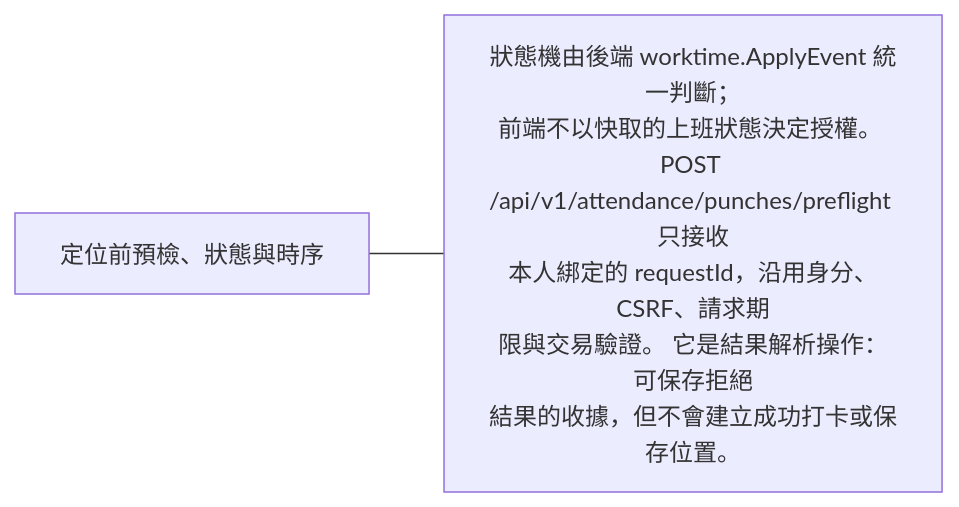
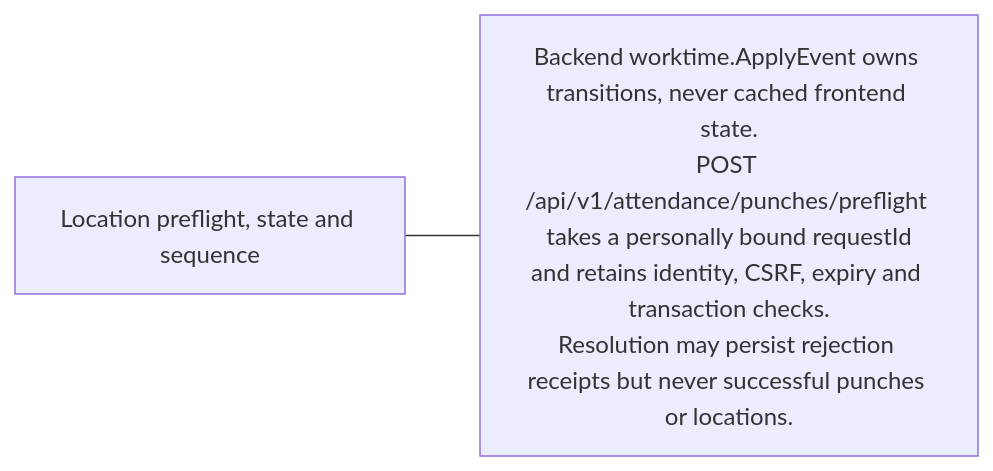
The ninth of 15 diagrams in docs/domains/attendance/README.md (963sup/line-mini-app-bot), drawn with Mermaid before and after one commit. The commit also changed other lines of this file and 341 other files, not shown here.

````diff
--- a/docs/domains/attendance/README.md
+++ b/docs/domains/attendance/README.md
@@ -168,5 +182,5 @@
 ```mermaid
 flowchart LR
-  h["定位前預檢、狀態與時序"]
-  h --- n0["狀態機由後端 worktime.ApplyEvent 統一判斷；<br/>前端不以快取的上班狀態決定授權。 POST <br/>/api/v1/attendance/punches/preflight 只接收<br/>本人綁定的 requestId，沿用身分、CSRF、請求期<br/>限與交易驗證。 它是結果解析操作：可保存拒絕<br/>結果的收據，但不會建立成功打卡或保存位置。"]
+  h["Location preflight, state and sequence"]
+  h --- n0["Backend worktime.ApplyEvent owns transitions, never cached frontend state.<br/>POST /api/v1/attendance/punches/preflight takes a personally bound requestId<br/>and retains identity, CSRF, expiry and transaction checks.<br/>Resolution may persist rejection receipts but never successful punches or locations."]
 ```
````
